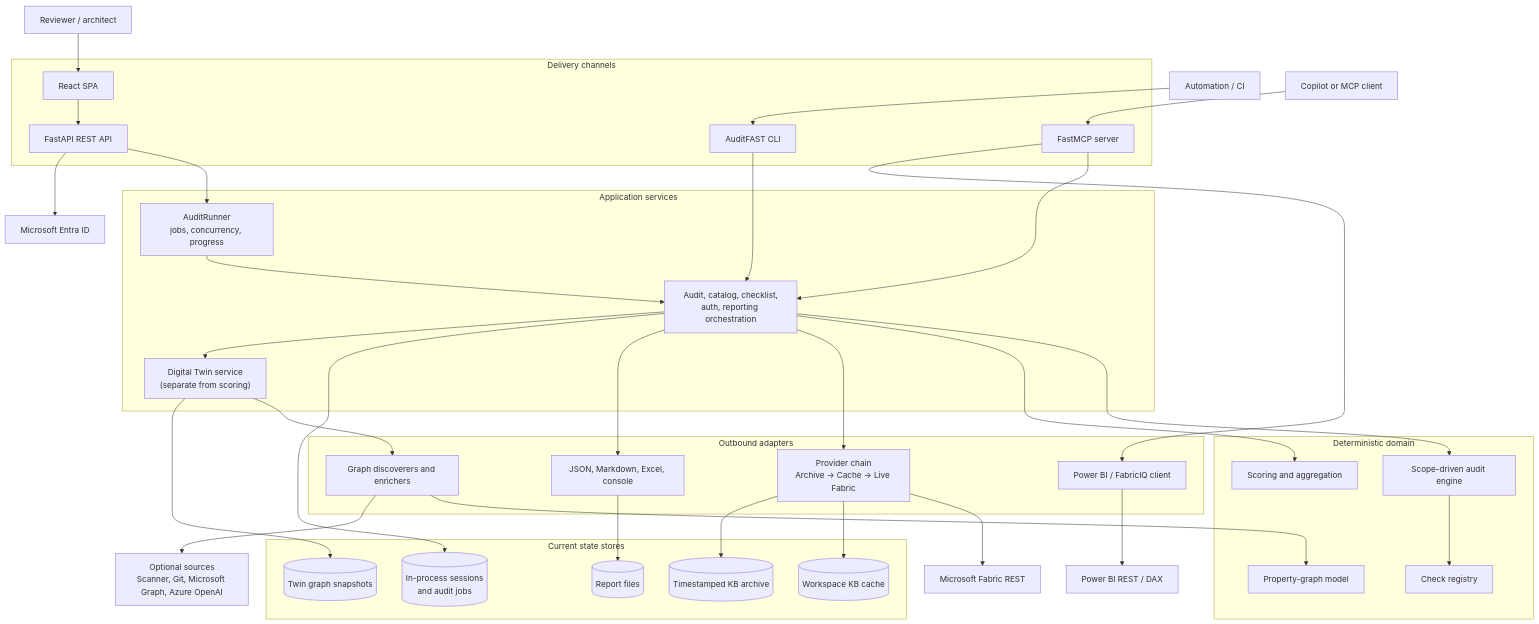
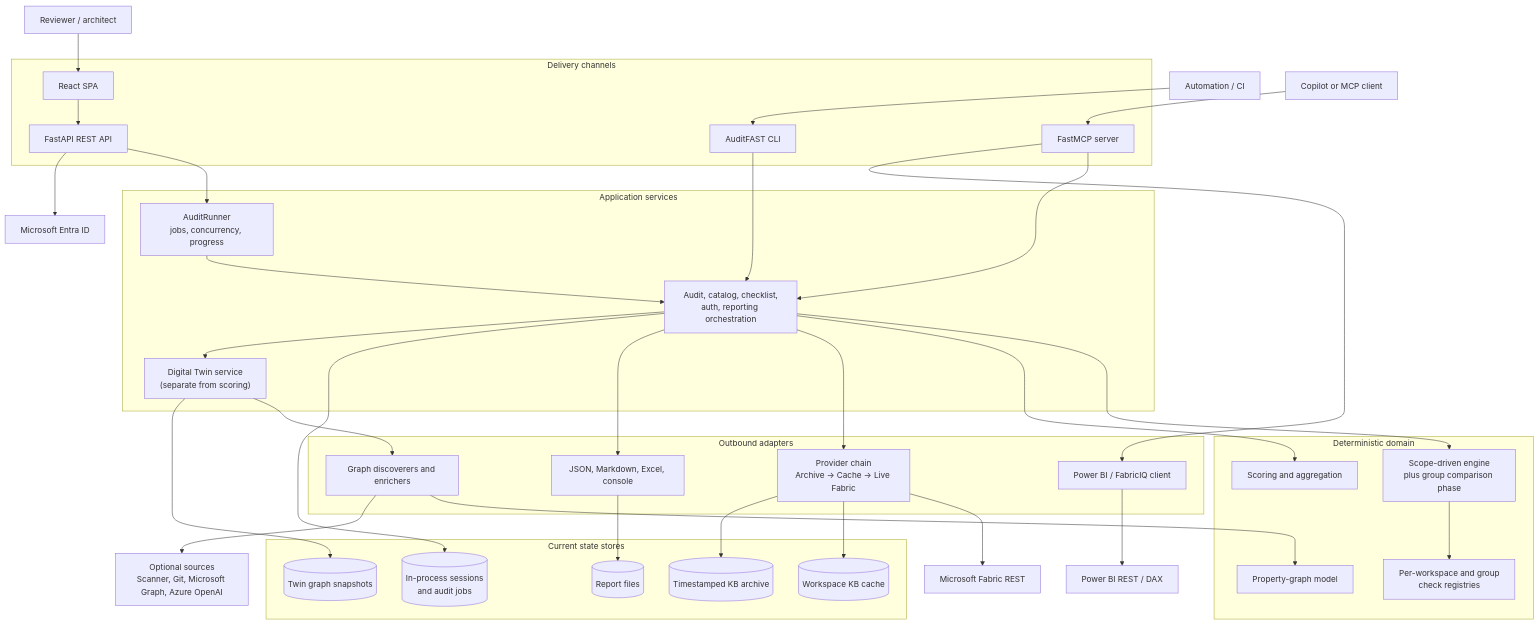
Before and after one commit to ridamgupta25/Microsoft-Fabric-Well-Architected-Auditor: the first of 10 diagrams in ARCHITECTURE.md, drawn with Mermaid. The commit also changed other lines of this file, not shown here.

Commit message:
docs: update ARCHITECTURE.md for cross-workspace groups, environment weighting, and current check counts

````diff
--- a/ARCHITECTURE.md
+++ b/ARCHITECTURE.md
@@ -177,67 +184,67 @@
 ```mermaid
 flowchart TB
     Reviewer["Reviewer / architect"]
     Automation["Automation / CI"]
     Agent["Copilot or MCP client"]
 
     subgraph Channels["Delivery channels"]
         SPA["React SPA"]
         API["FastAPI REST API"]
         CLI["AuditFAST CLI"]
         MCP["FastMCP server"]
     end
 
     subgraph Application["Application services"]
         Runner["AuditRunner<br/>jobs, concurrency, progress"]
         Services["Audit, catalog, checklist,<br/>auth, reporting orchestration"]
         TwinSvc["Digital Twin service<br/>(separate from scoring)"]
     end
 
     subgraph Domain["Deterministic domain"]
-        Registry["Check registry"]
-        Engine["Scope-driven audit engine"]
+        Registry["Per-workspace and group<br/>check registries"]
+        Engine["Scope-driven engine<br/>plus group comparison phase"]
         Scoring["Scoring and aggregation"]
         Graph["Property-graph model"]
     end
 
     subgraph Adapters["Outbound adapters"]
         Providers["Provider chain<br/>Archive → Cache → Live Fabric"]
         PBI["Power BI / FabricIQ client"]
         Discovery["Graph discoverers and enrichers"]
         Writers["JSON, Markdown, Excel, console"]
     end
 
     subgraph State["Current state stores"]
         Memory[("In-process sessions<br/>and audit jobs")]
         KB[("Workspace KB cache")]
         Archive[("Timestamped KB archive")]
         TwinStore[("Twin graph snapshots")]
         Files[("Report files")]
     end
 
     Entra["Microsoft Entra ID"]
     Fabric["Microsoft Fabric REST"]
     PowerBI["Power BI REST / DAX"]
     Optional["Optional sources<br/>Scanner, Git, Microsoft Graph, Azure OpenAI"]
 
     Reviewer --> SPA --> API
     Automation --> CLI
     Agent --> MCP
     API --> Runner --> Services
     CLI --> Services
     MCP --> Services
     Services --> Engine
     Engine --> Registry
     Services --> Scoring
     Services --> Providers --> Fabric
     Services --> Writers
     Services --> Memory
     Providers --> KB
     Providers --> Archive
     Writers --> Files
     MCP --> PBI --> PowerBI
     Services --> TwinSvc --> Discovery --> Graph
     Discovery --> Optional
     TwinSvc --> TwinStore
     API --> Entra
 ```
````
